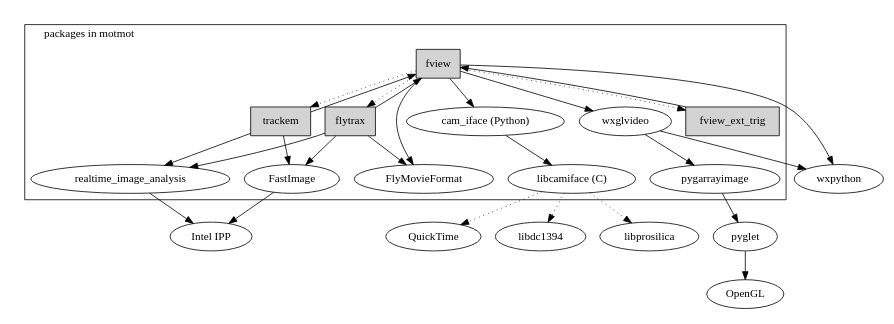
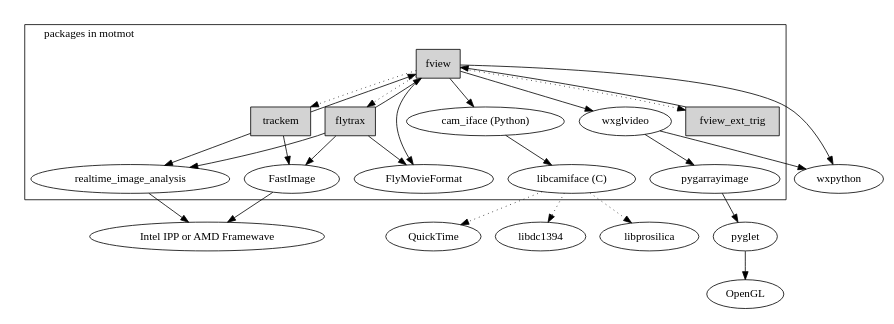
One commit to motmot/doc changed the diagram in source/motmot.dot. Above: the diagram before and after it, drawn with Graphviz.

Commit message:
update figure

```diff
--- a/source/motmot.dot
+++ b/source/motmot.dot
@@ -1,61 +1,61 @@
 digraph G {
   size ="6,4";
   subgraph cluster0 {
     cam_iface -> libcamiface;
     fview -> cam_iface;
     flytrax -> fview;
     fview_ext_trig -> fview;
     fview -> fview_ext_trig [style=dotted];
     wxglvideo -> pygarrayimage;
     fview -> wxglvideo;
     flytrax -> realtime_image_analysis;
     flytrax -> fastimage;
     fview -> FlyMovieFormat;
     flytrax -> FlyMovieFormat;
     fview -> flytrax [style=dotted];
     trackem -> fastimage;
     trackem -> realtime_image_analysis;
     fview -> trackem [style=dotted];
     trackem -> fview;
     labeljust=l;
     label = "packages in motmot";
   }
 
   libcamiface -> quicktime [style=dotted];
   libcamiface -> libdc1394 [style=dotted];
   libcamiface -> libprosilica [style=dotted];
   wxglvideo -> wxpython;
   fview -> wxpython;
   pyglet -> opengl;
   pygarrayimage -> pyglet;
   realtime_image_analysis -> ipp;
   fastimage -> ipp;
 
   libcamiface [label="libcamiface (C)"];
   cam_iface [label="cam_iface (Python)"];
 
   fastimage [label="FastImage"];
 
   quicktime [label="QuickTime", URL="http://www.apple.com/quicktime/"];
   libdc1394 [label="libdc1394", 
              URL="http://damien.douxchamps.net/ieee1394/libdc1394/"];
   libprosilica [label="libprosilica",
                 URL="http://www.prosilica.com/"];
-  ipp [label="Intel IPP", URL="http://intel.com/software/products/ipp"];
+  ipp [label="Intel IPP or AMD Framewave", URL="http://intel.com/software/products/ipp"];
   opengl [label="OpenGL",
           URL="http://opengl.org/"];
   pyglet [URL="http://www.pyglet.org/"];
   wxpython [URL="http://www.wxpython.org/"];
 
   libcamiface [URL="file:///home/astraw/src/motmot/doc/build/html/libcamiface.html"];
   cam_iface [URL="http://code.astraw.com/projects/motmot/cam_iface.html"]
   fview [shape=box,style=filled,
          URL="http://code.astraw.com/projects/motmot/fview.html"];
   trackem [shape=box,style=filled];
   flytrax [shape=box,style=filled];
   fview_ext_trig [shape=box,style=filled,
               URL="http://code.astraw.com/projects/motmot/camtrig/OVERVIEW.html"];
   wxglvideo [URL="http://code.astraw.com/projects/motmot/wxglvideo.html"];
   pygarrayimage [URL="http://code.astraw.com/projects/motmot/pygarrayimage.html"];
   flytrax [URL="http://code.astraw.com/projects/motmot/flytrax.html"];
 }
```
